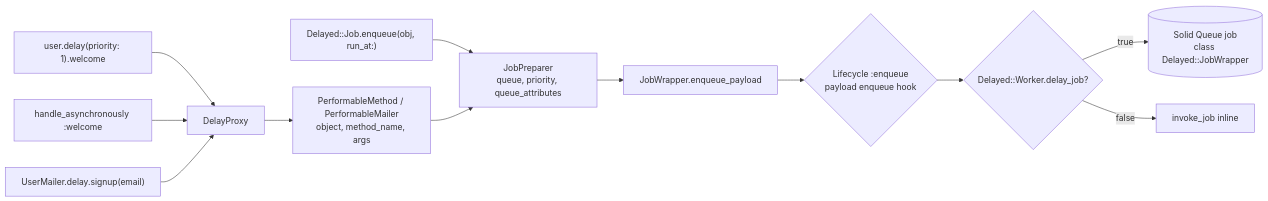
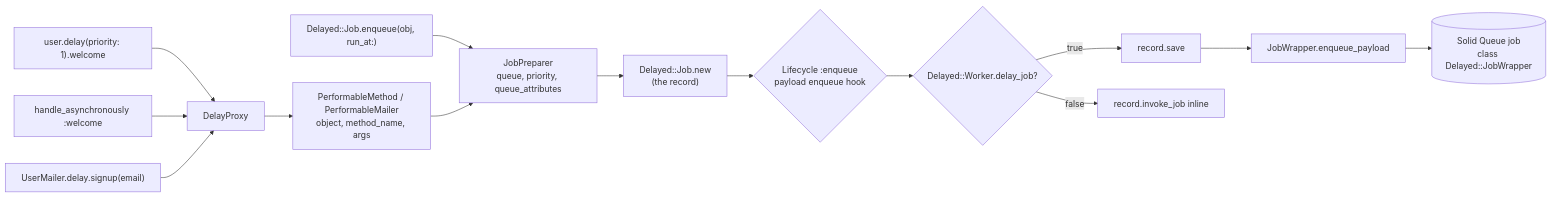
One commit to alexandernicholson/delayed_job changed the diagram in docs/enqueue.md. Above: the diagram before and after it, drawn with Mermaid. The commit also changed other lines of this file and 15 other files, not shown here.

````diff
--- a/docs/enqueue.md
+++ b/docs/enqueue.md
@@ -5,13 +5,13 @@
 ```mermaid
 flowchart LR
   A["user.delay(priority: 1).welcome"] --> P[DelayProxy]
   B["handle_asynchronously :welcome"] --> P
   M["UserMailer.delay.signup(email)"] --> P
   C["Delayed::Job.enqueue(obj, run_at:)"] --> J
   P --> PM["PerformableMethod / PerformableMailer<br/>object, method_name, args"] --> J[JobPreparer<br/>queue, priority, queue_attributes]
-  J --> E["JobWrapper.enqueue_payload"]
-  E --> L{Lifecycle :enqueue<br/>payload enqueue hook}
+  J --> R["Delayed::Job.new<br/>(the record)"]
+  R --> L{Lifecycle :enqueue<br/>payload enqueue hook}
   L --> D{Delayed::Worker.delay_job?}
-  D -- true --> SQ[("Solid Queue job<br/>class Delayed::JobWrapper")]
-  D -- false --> I[invoke_job inline]
+  D -- true --> S["record.save"] --> E["JobWrapper.enqueue_payload"] --> SQ[("Solid Queue job<br/>class Delayed::JobWrapper")]
+  D -- false --> I[record.invoke_job inline]
 ```
````
